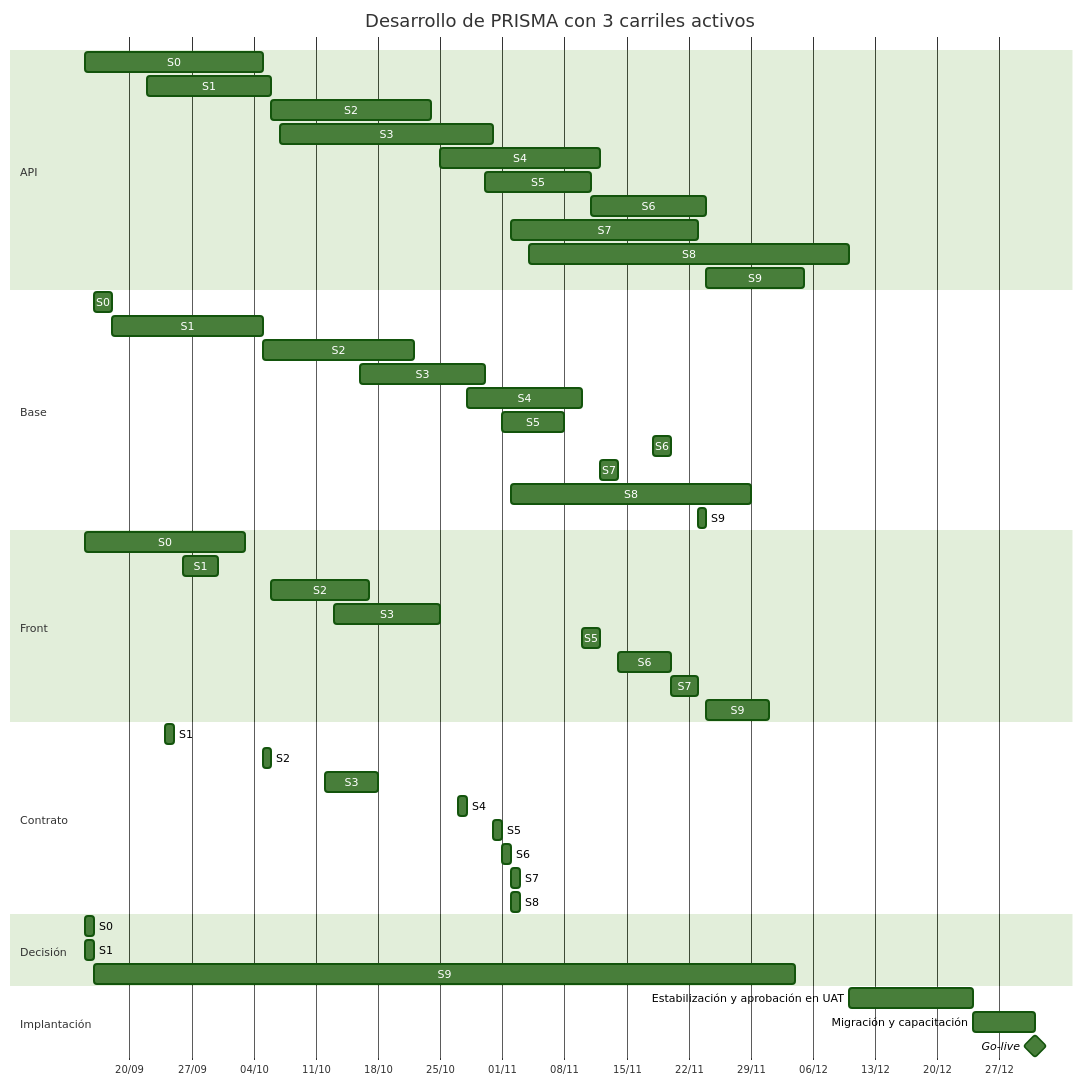
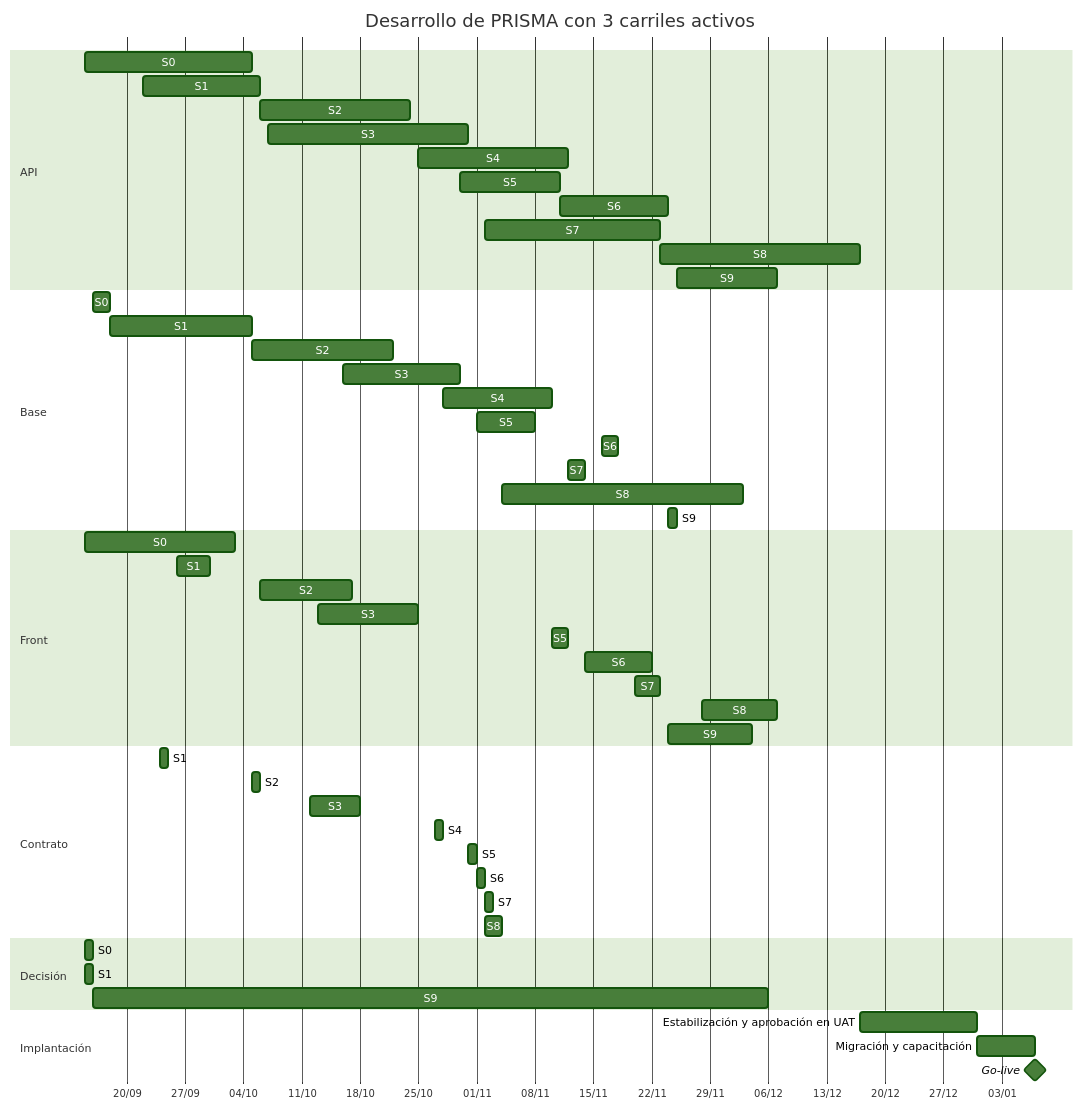
One commit to Juanchope039/Finanzas-PRISMA changed the first of 2 diagrams in docs/08-plan-de-desarrollo.md. Above: the diagram before and after it, drawn with Mermaid (forest theme). The commit also changed other lines of this file and 18 other files, not shown here.

````diff
--- a/docs/08-plan-de-desarrollo.md
+++ b/docs/08-plan-de-desarrollo.md
@@ -241,60 +241,61 @@
 ```mermaid
 gantt
     title Desarrollo de PRISMA con 3 carriles activos
     dateFormat YYYY-MM-DD
     axisFormat %d/%m
 
     section API
     S0 :api0, 2026-09-15, 2026-10-05
     S1 :api1, 2026-09-22, 2026-10-06
     S2 :api2, 2026-10-06, 2026-10-24
     S3 :api3, 2026-10-07, 2026-10-31
     S4 :api4, 2026-10-25, 2026-11-12
     S5 :api5, 2026-10-30, 2026-11-11
     S6 :api6, 2026-11-11, 2026-11-24
     S7 :api7, 2026-11-02, 2026-11-23
-    S8 :api8, 2026-11-04, 2026-12-10
-    S9 :api9, 2026-11-24, 2026-12-05
+    S8 :api8, 2026-11-23, 2026-12-17
+    S9 :api9, 2026-11-25, 2026-12-07
 
     section Base
     S0 :base0, 2026-09-16, 2026-09-18
     S1 :base1, 2026-09-18, 2026-10-05
     S2 :base2, 2026-10-05, 2026-10-22
     S3 :base3, 2026-10-16, 2026-10-30
     S4 :base4, 2026-10-28, 2026-11-10
     S5 :base5, 2026-11-01, 2026-11-08
-    S6 :base6, 2026-11-18, 2026-11-20
+    S6 :base6, 2026-11-16, 2026-11-18
     S7 :base7, 2026-11-12, 2026-11-14
-    S8 :base8, 2026-11-02, 2026-11-29
-    S9 :base9, 2026-11-23, 2026-11-24
+    S8 :base8, 2026-11-04, 2026-12-03
+    S9 :base9, 2026-11-24, 2026-11-25
 
     section Front
     S0 :front0, 2026-09-15, 2026-10-03
     S1 :front1, 2026-09-26, 2026-09-30
     S2 :front2, 2026-10-06, 2026-10-17
     S3 :front3, 2026-10-13, 2026-10-25
     S5 :front5, 2026-11-10, 2026-11-12
-    S6 :front6, 2026-11-14, 2026-11-20
+    S6 :front6, 2026-11-14, 2026-11-22
     S7 :front7, 2026-11-20, 2026-11-23
-    S9 :front9, 2026-11-24, 2026-12-01
+    S8 :front8, 2026-11-28, 2026-12-07
+    S9 :front9, 2026-11-24, 2026-12-04
 
     section Contrato
     S1 :contrato1, 2026-09-24, 2026-09-25
     S2 :contrato2, 2026-10-05, 2026-10-06
     S3 :contrato3, 2026-10-12, 2026-10-18
     S4 :contrato4, 2026-10-27, 2026-10-28
     S5 :contrato5, 2026-10-31, 2026-11-01
     S6 :contrato6, 2026-11-01, 2026-11-02
     S7 :contrato7, 2026-11-02, 2026-11-03
-    S8 :contrato8, 2026-11-02, 2026-11-03
+    S8 :contrato8, 2026-11-02, 2026-11-04
 
     section Decisión
     S0 :decisin0, 2026-09-15, 2026-09-16
     S1 :decisin1, 2026-09-15, 2026-09-16
-    S9 :decisin9, 2026-09-16, 2026-12-04
+    S9 :decisin9, 2026-09-16, 2026-12-06
 
     section Implantación
-    Estabilización y aprobación en UAT :est, 2026-12-10, 2026-12-24
-    Migración y capacitación :mig, 2026-12-24, 2026-12-31
-    Go-live :milestone, 2026-12-31, 0d
+    Estabilización y aprobación en UAT :est, 2026-12-17, 2026-12-31
+    Migración y capacitación :mig, 2026-12-31, 2027-01-07
+    Go-live :milestone, 2027-01-07, 0d
 ```
````
